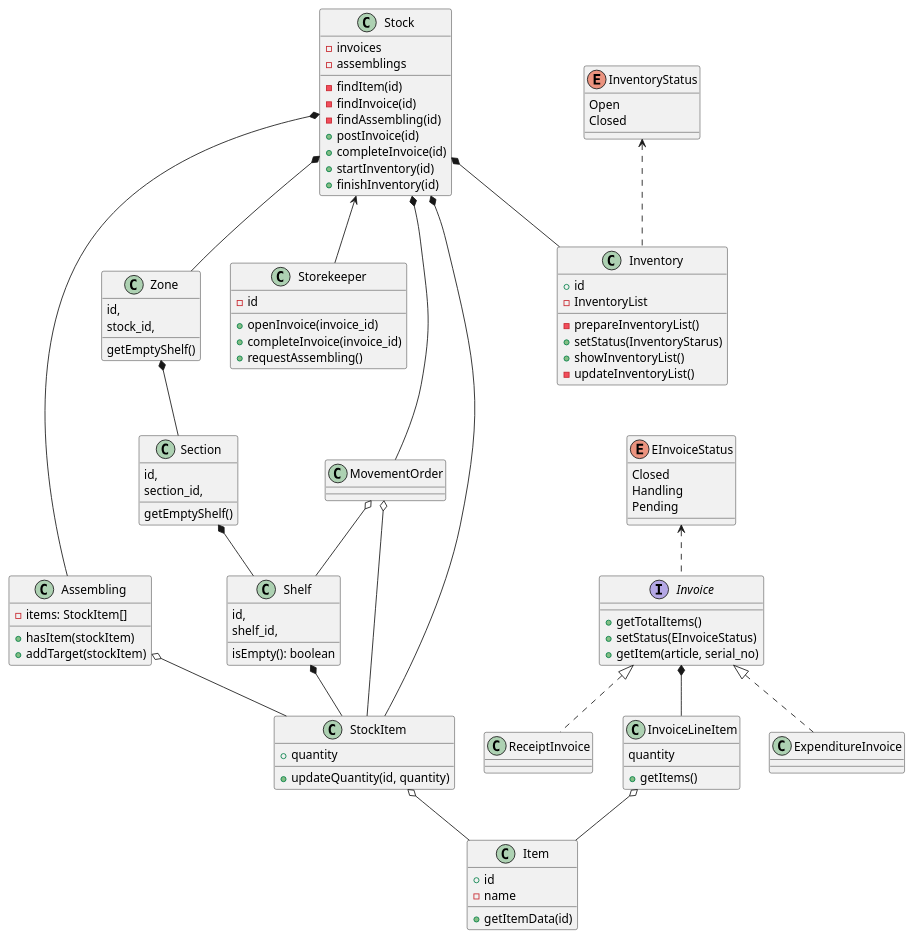
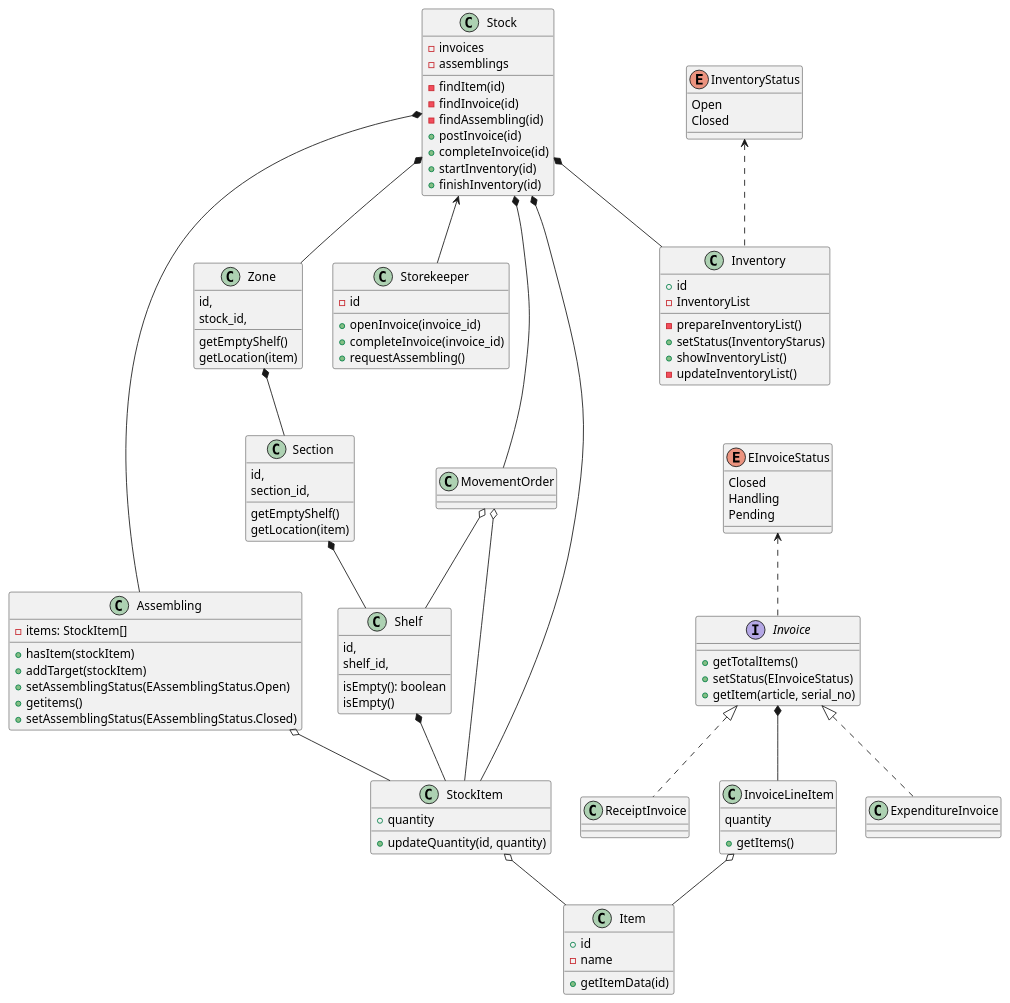
The diagram in warehouse/диаграмма_классов.md (penamarth/bsbo-02-21_team5_var6_sklad), drawn with PlantUML before and after one commit.

Commit message:
Добавлены классы прецедента отгрузка товара

```diff
--- a/warehouse/диаграмма_классов.md
+++ b/warehouse/диаграмма_классов.md
@@ -31,18 +31,21 @@
   id,
   stock_id,
   getEmptyShelf()
+  getLocation(item)
 }
 
 class Section {
   id,
   section_id,
   getEmptyShelf()
+  getLocation(item)
 }
 
 class Shelf {
   id,
   shelf_id,
   isEmpty(): boolean
+  isEmpty()
 }
 
 enum EInvoiceStatus {
@@ -77,6 +80,9 @@
   -items: StockItem[]
   +hasItem(stockItem)
   +addTarget(stockItem)
+  +setAssemblingStatus(EAssemblingStatus.Open)
+  +getitems()
+  +setAssemblingStatus(EAssemblingStatus.Closed)
 }
 
 enum InventoryStatus {
```
